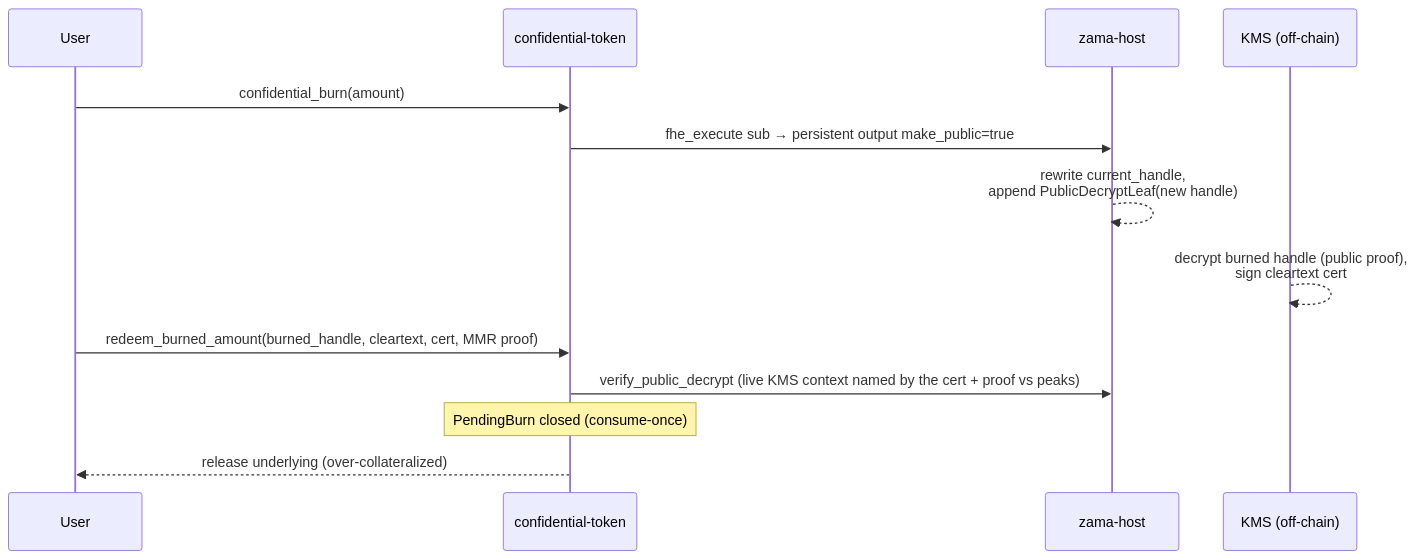
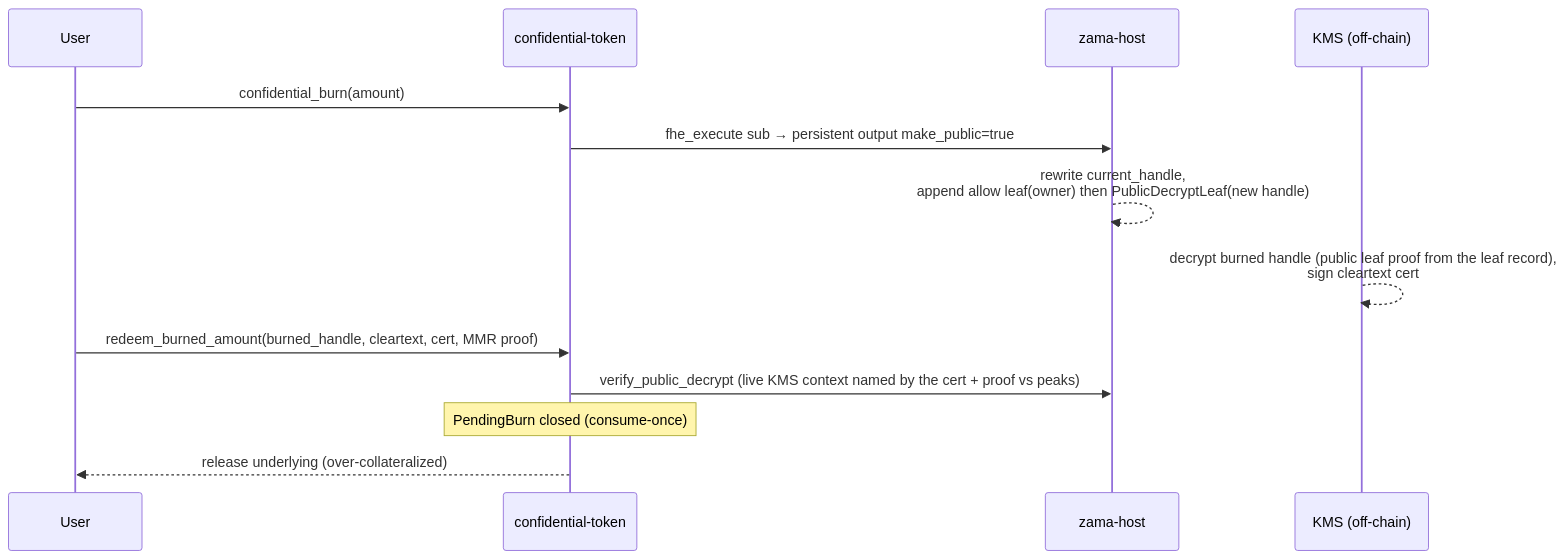
The fifth of 6 diagrams in solana/docs/MMR_ACL_MVP.md (zama-ai/fhevm), drawn with Mermaid before and after one commit. The commit also changed other lines of this file and 18 other files, not shown here.

````diff
--- a/solana/docs/MMR_ACL_MVP.md
+++ b/solana/docs/MMR_ACL_MVP.md
@@ -160,15 +160,15 @@
 ```mermaid
 sequenceDiagram
     participant U as User
     participant CT as confidential-token
     participant ZH as zama-host
     participant KMS as KMS (off-chain)
     U->>CT: confidential_burn(amount)
     CT->>ZH: fhe_execute sub → persistent output make_public=true
-    ZH-->>ZH: rewrite current_handle,<br/>append PublicDecryptLeaf(new handle)
-    KMS-->>KMS: decrypt burned handle (public proof),<br/>sign cleartext cert
+    ZH-->>ZH: rewrite current_handle,<br/>append allow leaf(owner) then PublicDecryptLeaf(new handle)
+    KMS-->>KMS: decrypt burned handle (public leaf proof from the leaf record),<br/>sign cleartext cert
     U->>CT: redeem_burned_amount(burned_handle, cleartext, cert, MMR proof)
     CT->>ZH: verify_public_decrypt (live KMS context named by the cert + proof vs peaks)
     Note over CT: PendingBurn closed (consume-once)
     CT-->>U: release underlying (over-collateralized)
 ```
````
